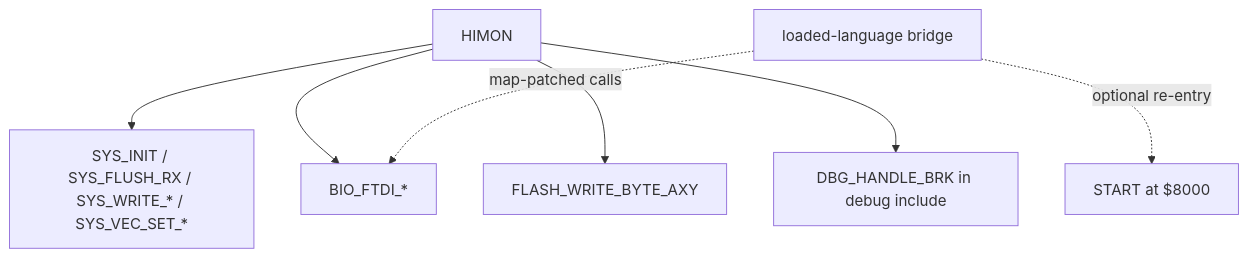
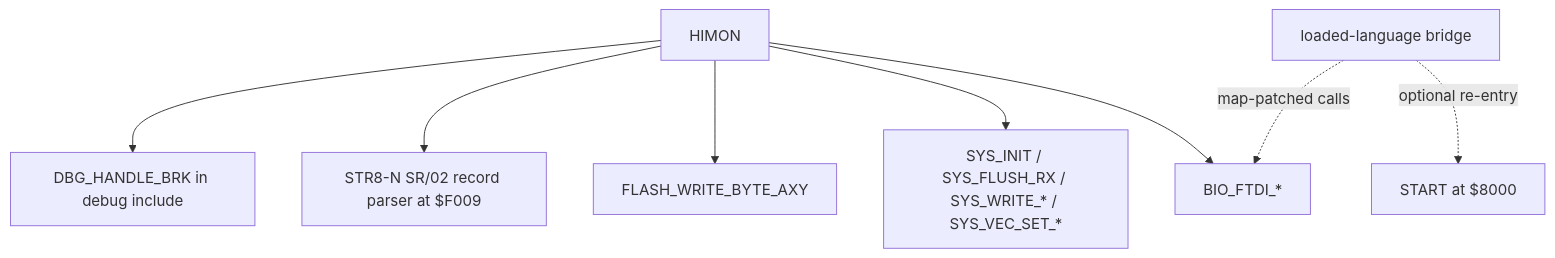
Diagram 19 of 19 in DOC/GUIDES/HIMON/HIMON_MAP.md (95westus/R-YORS), drawn with Mermaid before and after one commit. The commit also changed other lines of this file and 94 other files, not shown here.

Commit message:
Adopt STR8-N record parser in HIMON

````diff
--- a/DOC/GUIDES/HIMON/HIMON_MAP.md
+++ b/DOC/GUIDES/HIMON/HIMON_MAP.md
@@ -334,9 +337,10 @@
 ```mermaid
 flowchart TD
     HIMON[HIMON] --> SYS[SYS_INIT / SYS_FLUSH_RX / SYS_WRITE_* / SYS_VEC_SET_*]
     HIMON --> BIO[BIO_FTDI_*]
     HIMON --> FLASH[FLASH_WRITE_BYTE_AXY]
+    HIMON --> STR8REC[STR8-N SR/02 record parser at $F009]
     HIMON --> DBGEXT[DBG_HANDLE_BRK in debug include]
     APP[loaded-language bridge] -.map-patched calls.-> BIO
     APP -.optional re-entry.-> START[START at $8000]
 ```
````
